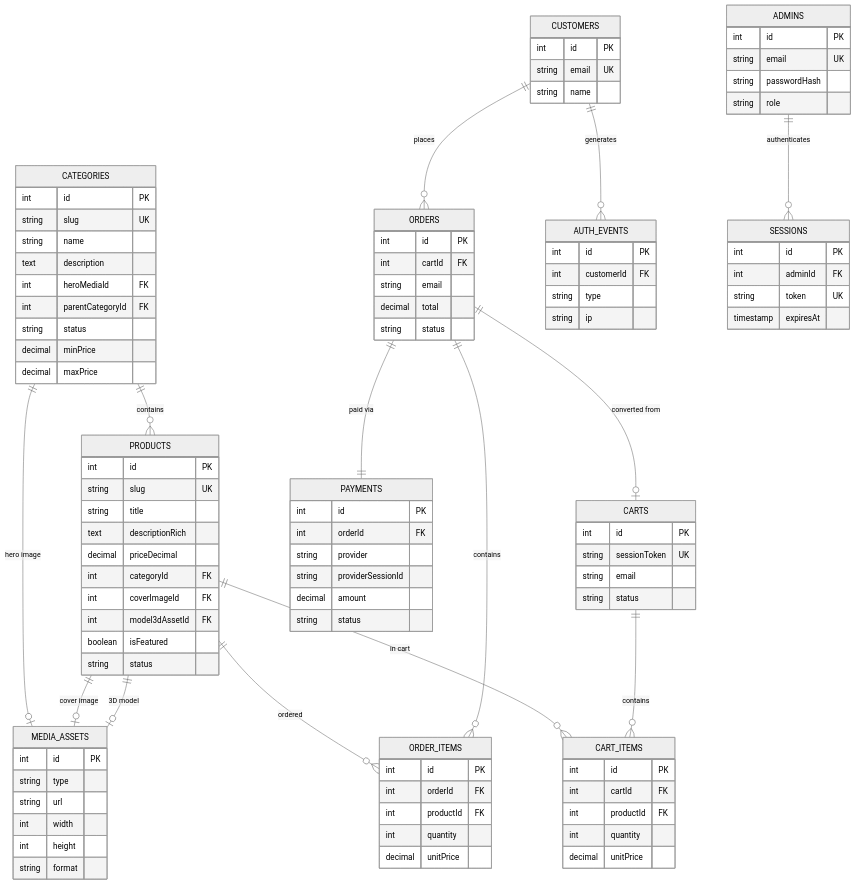
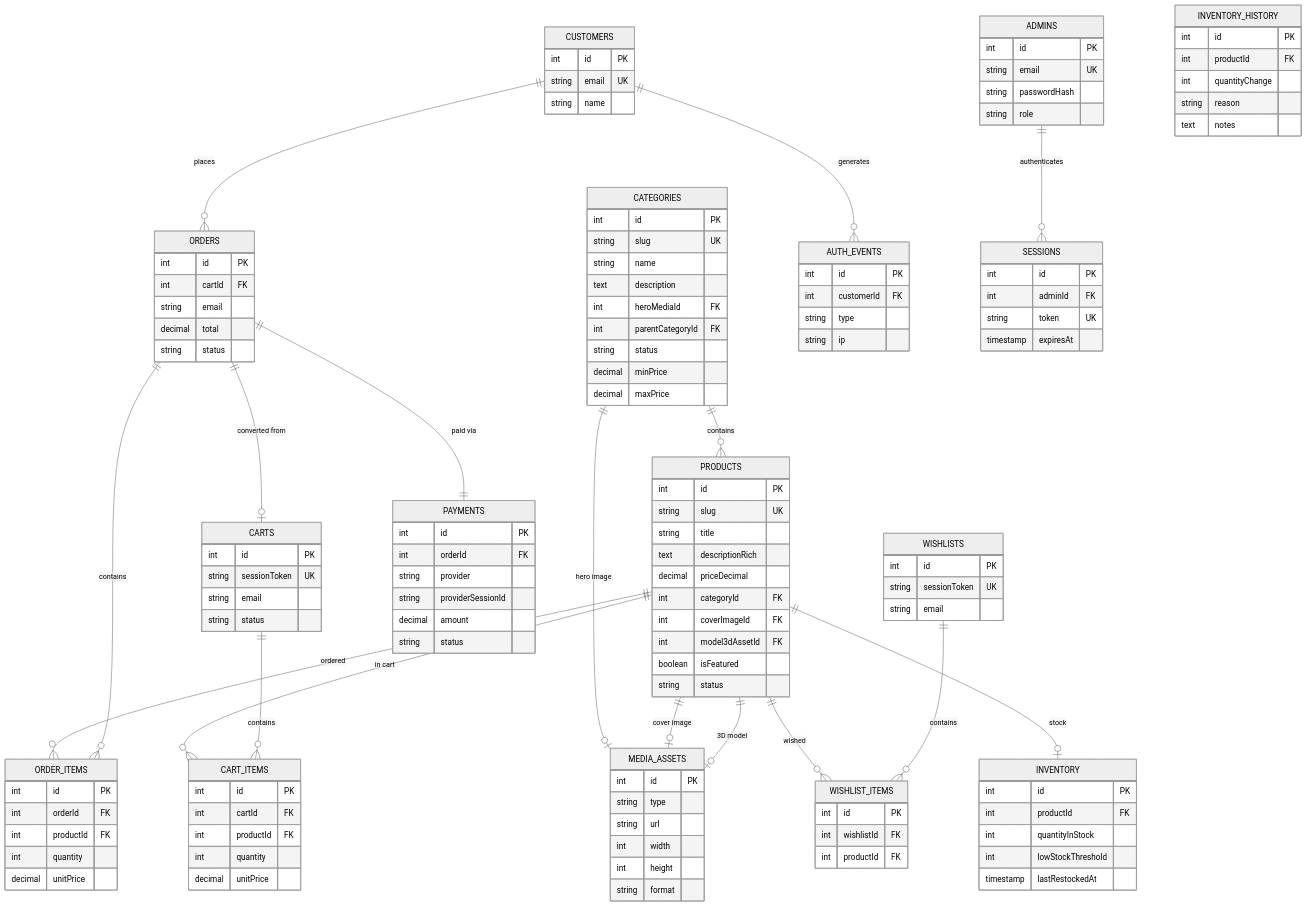
Before and after one commit to swoet/Artisan-Lux-E-commerce-Website: the third of 5 diagrams in README.md, drawn with Mermaid (neutral theme). The commit also changed other lines of this file and 73 other files, not shown here.

Commit message:
feat: implement email verification and session management

````diff
--- a/README.md
+++ b/README.md
@@ -151,6 +168,8 @@
     PRODUCTS ||--o| MEDIA_ASSETS : "3D model"
     PRODUCTS ||--o{ CART_ITEMS : "in cart"
     PRODUCTS ||--o{ ORDER_ITEMS : "ordered"
+    PRODUCTS ||--o{ WISHLIST_ITEMS : "wished"
+    PRODUCTS ||--o| INVENTORY : "stock"
     
     CARTS ||--o{ CART_ITEMS : contains
     ORDERS ||--o{ ORDER_ITEMS : contains
@@ -161,6 +180,8 @@
     CUSTOMERS ||--o{ AUTH_EVENTS : generates
     
     ADMINS ||--o{ SESSIONS : authenticates
+    
+    WISHLISTS ||--o{ WISHLIST_ITEMS : contains
     
     CATEGORIES {
         int id PK
@@ -262,4 +283,32 @@
         string type
         string ip
     }
+    
+    WISHLISTS {
+        int id PK
+        string sessionToken UK
+        string email
+    }
+    
+    WISHLIST_ITEMS {
+        int id PK
+        int wishlistId FK
+        int productId FK
+    }
+    
+    INVENTORY {
+        int id PK
+        int productId FK
+        int quantityInStock
+        int lowStockThreshold
+        timestamp lastRestockedAt
+    }
+    
+    INVENTORY_HISTORY {
+        int id PK
+        int productId FK
+        int quantityChange
+        string reason
+        text notes
+    }
 ```
````
